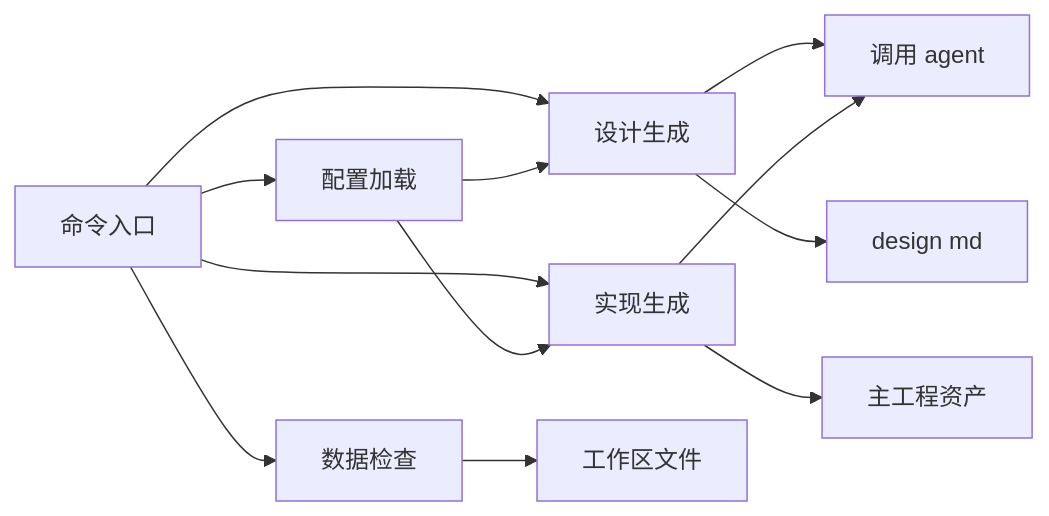
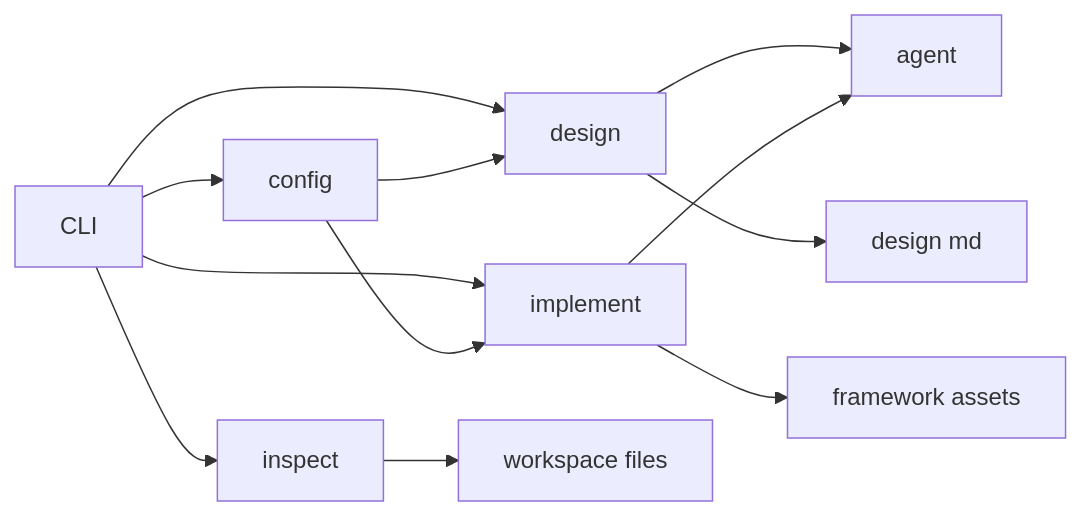
The third of 3 diagrams in docs/guide/support_cli.md (HiThink-Research/GAGE), drawn with Mermaid before and after one commit. The commit also changed other lines of this file and 133 other files, not shown here.

````diff
--- a/docs/guide/support_cli.md
+++ b/docs/guide/support_cli.md
@@ -220,16 +219,16 @@
 ```mermaid
 flowchart LR
-  CLI[命令入口] --> CFG[配置加载]
-  CLI --> INS[数据检查]
-  CLI --> DES[设计生成]
-  CLI --> IMP[实现生成]
+  CLI[CLI] --> CFG[config]
+  CLI --> INS[inspect]
+  CLI --> DES[design]
+  CLI --> IMP[implement]
 
   CFG --> DES
   CFG --> IMP
-  DES --> AG[调用 agent]
+  DES --> AG[agent]
   IMP --> AG
 
-  INS --> W1[工作区文件]
+  INS --> W1[workspace files]
   DES --> W2[design md]
-  IMP --> W3[主工程资产]
+  IMP --> W3[framework assets]
 ```
````
